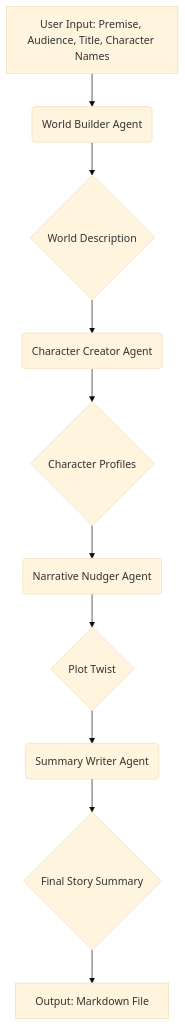
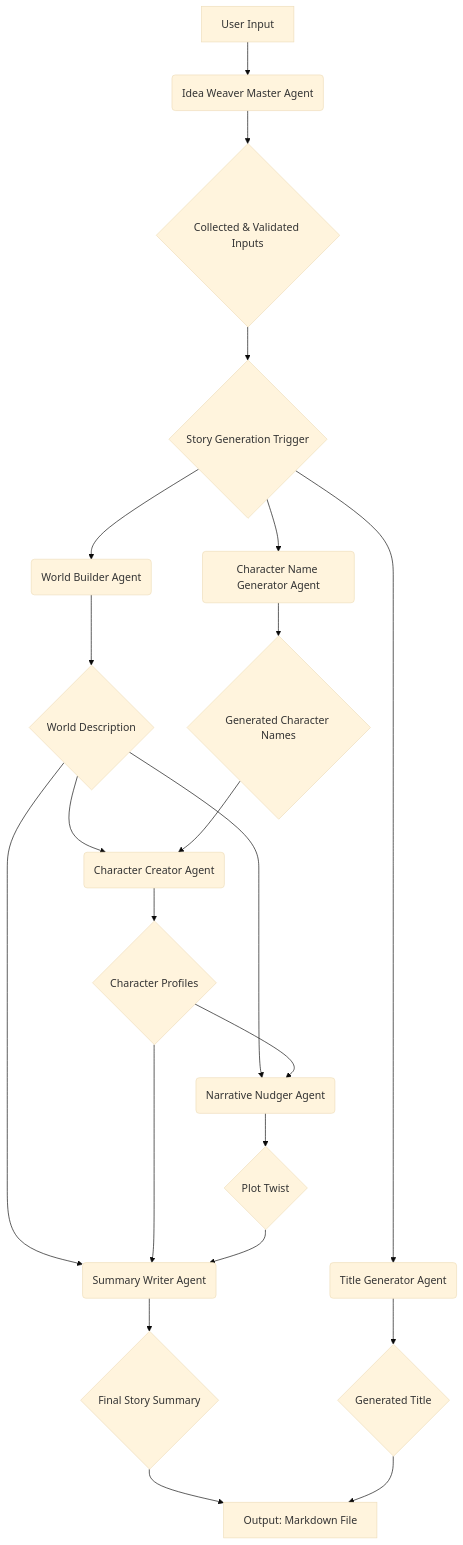
Before and after one commit to hemantjuyal/ideaWeaver: the diagram in README.md, drawn with Mermaid (base theme). The commit also changed other lines of this file and 30 other files, not shown here.

````diff
--- a/README.md
+++ b/README.md
@@ -11,12 +11,19 @@
 ```mermaid
 graph TD
-    A[User Input: Premise, Audience, Title, Character Names] --> B(World Builder Agent);
-    B --> C{World Description};
-    C --> D(Character Creator Agent);
-    D --> E{Character Profiles};
-    E --> F(Narrative Nudger Agent);
-    F --> G{Plot Twist};
-    G --> H(Summary Writer Agent);
-    H --> I{Final Story Summary};
-    I --> J[Output: Markdown File];
+    A[User Input] --> B(Idea Weaver Master Agent);
+    B --> C{Collected & Validated Inputs};
+    C --> D{Story Generation Trigger};
+    D --> E(World Builder Agent);
+    D --> F(Character Name Generator Agent);
+    D --> G(Title Generator Agent);
+    E --> H{World Description};
+    F --> I{Generated Character Names};
+    G --> J{Generated Title};
+    H & I --> K(Character Creator Agent);
+    K --> L{Character Profiles};
+    H & L --> M(Narrative Nudger Agent);
+    M --> N{Plot Twist};
+    H & L & N --> O(Summary Writer Agent);
+    O --> P{Final Story Summary};
+    P & J --> Q[Output: Markdown File];
 ```
````
